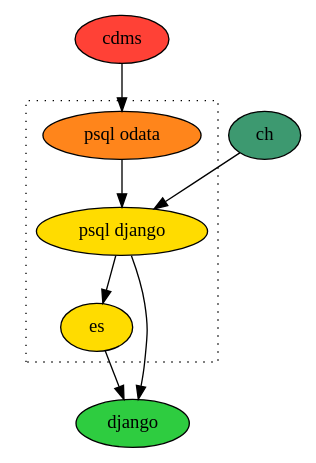
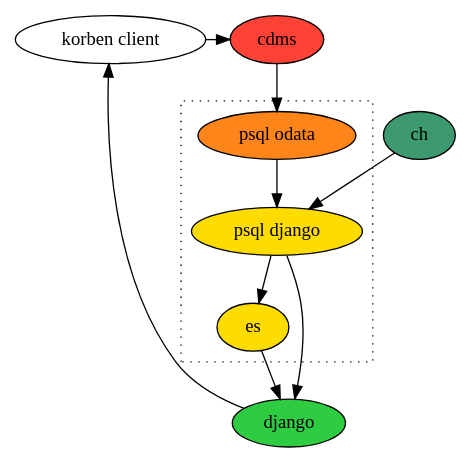
One commit to uktrade/data-hub-korben changed the diagram in docs/assets/korben-data-flow.dot. Above: the diagram before and after it, drawn with Graphviz. The commit also changed 2 other files, not shown here.

Commit message:
Add client to graph

```diff
--- a/docs/assets/korben-data-flow.dot
+++ b/docs/assets/korben-data-flow.dot
@@ -1,24 +1,27 @@
-digraph "Build Process" {
+digraph "Korben" {
+    client[label="korben client"];
+
     // default
     node[style=filled];
 
     // fills, labels
     cdms[fillcolor="#FF4136"];
     psql_odata[fillcolor="#FF851B" label="psql odata"];
     ch[fillcolor="#3D9970"];
     psql_django[fillcolor="#FFDC00" label="psql django"];
     es[fillcolor="#FFDC00"];
     django[fillcolor="#2ECC40"];
 
     cdms -> psql_odata;
     subgraph cluster_korben {
         psql_odata -> psql_django;
         psql_django -> es;
         es;
         label="";
         graph[style=dotted];
     }
     ch -> psql_django;
     psql_django -> django;
     es -> django;
+    django -> client -> cdms [constraint=false];
 }
```
